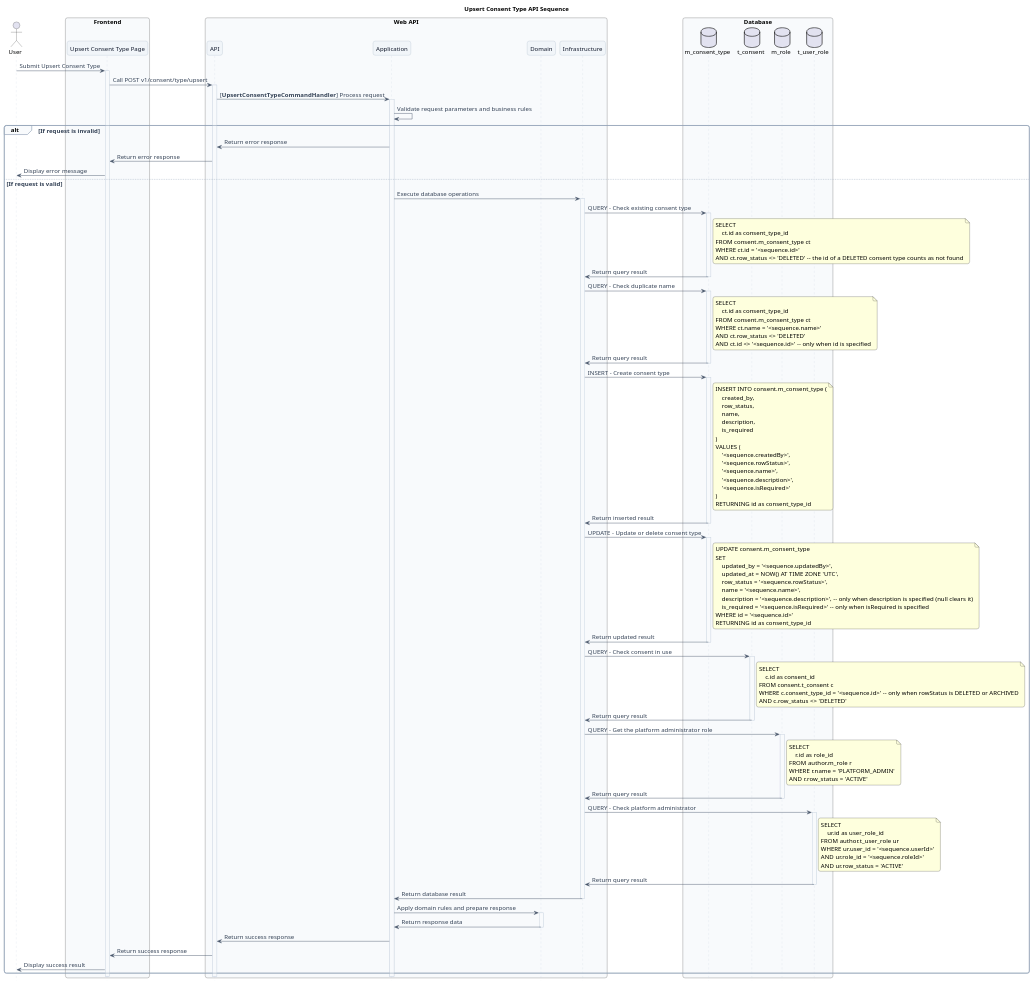
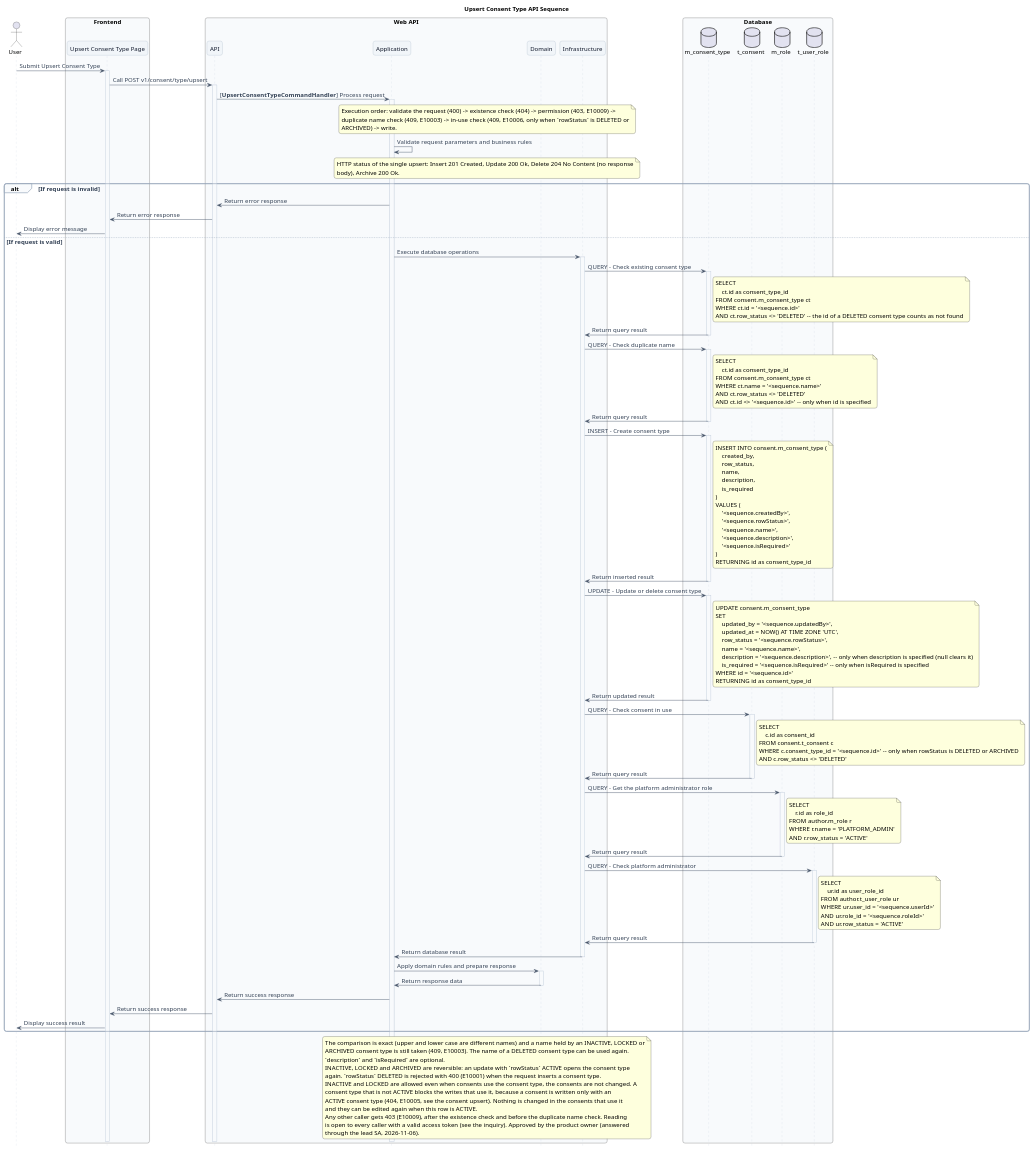
The diagram in e-commerce/doc/api/consent/06-upsert-consent-type/sequence.wsd (ittikornsopawan/system-analysis-and-design), drawn with PlantUML before and after one commit. The commit also changed 13 other files, not shown here.

```diff
--- a/e-commerce/doc/api/consent/06-upsert-consent-type/sequence.wsd
+++ b/e-commerce/doc/api/consent/06-upsert-consent-type/sequence.wsd
@@ -52,7 +52,16 @@
     activate api
         api -> app: [**UpsertConsentTypeCommandHandler**] Process request
         activate app
+            note over app, infra
+                Execution order: validate the request (400) -> existence check (404) -> permission (403, E10009) ->
+                duplicate name check (409, E10003) -> in-use check (409, E10006, only when `rowStatus` is DELETED or
+                ARCHIVED) -> write.
+            end note
             app -> app: Validate request parameters and business rules
+            note over app, infra
+                HTTP status of the single upsert: Insert 201 Created, Update 200 Ok, Delete 204 No Content (no response
+                body), Archive 200 Ok.
+            end note
             alt If request is invalid
                 app -> api: Return error response
                 api -> page: Return error response
@@ -173,6 +182,20 @@
                 api -> page: Return success response
                 page -> user: Display success result
             end alt
+        note over app, infra
+            The comparison is exact (upper and lower case are different names) and a name held by an INACTIVE, LOCKED or
+            ARCHIVED consent type is still taken (409, E10003). The name of a DELETED consent type can be used again.
+            `description` and `isRequired` are optional.
+            INACTIVE, LOCKED and ARCHIVED are reversible: an update with `rowStatus` ACTIVE opens the consent type
+            again. `rowStatus` DELETED is rejected with 400 (E10001) when the request inserts a consent type.
+            INACTIVE and LOCKED are allowed even when consents use the consent type, the consents are not changed. A
+            consent type that is not ACTIVE blocks the writes that use it, because a consent is written only with an
+            ACTIVE consent type (404, E10005, see the consent upsert). Nothing is changed in the consents that use it
+            and they can be edited again when this row is ACTIVE.
+            Any other caller gets 403 (E10009), after the existence check and before the duplicate name check. Reading
+            is open to every caller with a valid access token (see the inquiry). Approved by the product owner (answered
+            through the lead SA, 2026-11-06).
+        end note
         deactivate app
     deactivate api
 deactivate page
```
